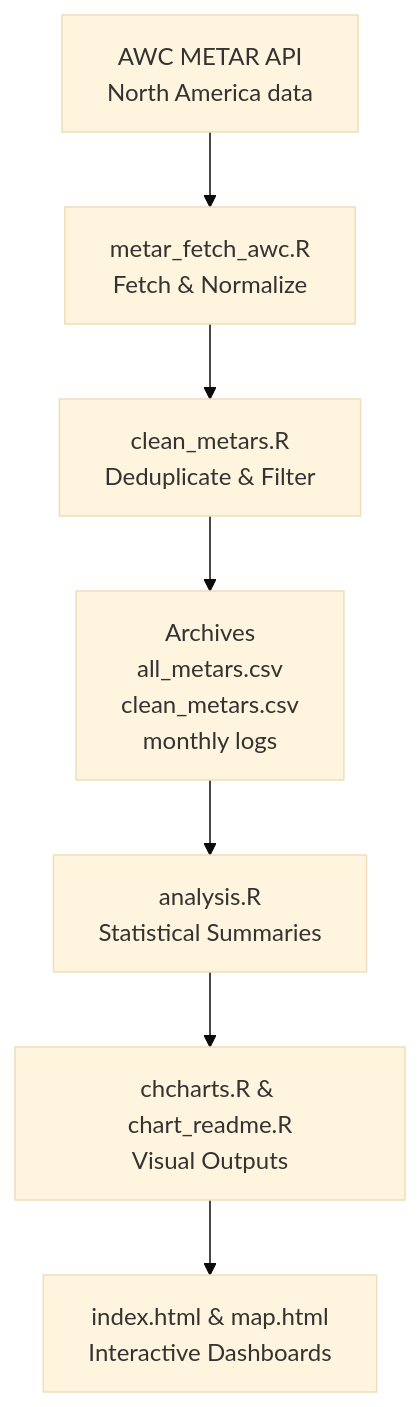
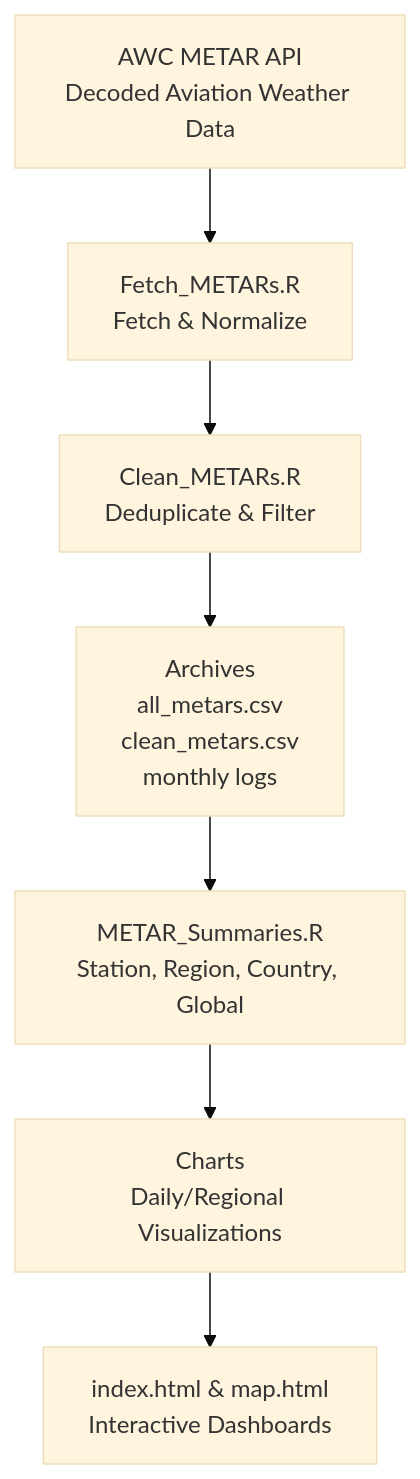
Before and after one commit to NoahCornish/North-America-Flight-Conditions-Research-Project: the diagram in README.md, drawn with Mermaid (base theme). The commit also changed other lines of this file, not shown here.

````diff
--- a/README.md
+++ b/README.md
@@ -54,9 +55,9 @@
 ```mermaid
 flowchart TD
-    A[AWC METAR API<br>North America data] --> B[metar_fetch_awc.R<br>Fetch & Normalize]
-    B --> C[clean_metars.R<br>Deduplicate & Filter]
+    A[AWC METAR API<br>Decoded Aviation Weather Data] --> B[Fetch_METARs.R<br>Fetch & Normalize]
+    B --> C[Clean_METARs.R<br>Deduplicate & Filter]
     C --> D[Archives<br>all_metars.csv<br>clean_metars.csv<br>monthly logs]
-    D --> E[analysis.R<br>Statistical Summaries]
-    E --> F[chcharts.R & chart_readme.R<br>Visual Outputs]
+    D --> E[METAR_Summaries.R<br>Station, Region, Country, Global]
+    E --> F[Charts<br>Daily/Regional Visualizations]
     F --> G[index.html & map.html<br>Interactive Dashboards]
 ```
````
